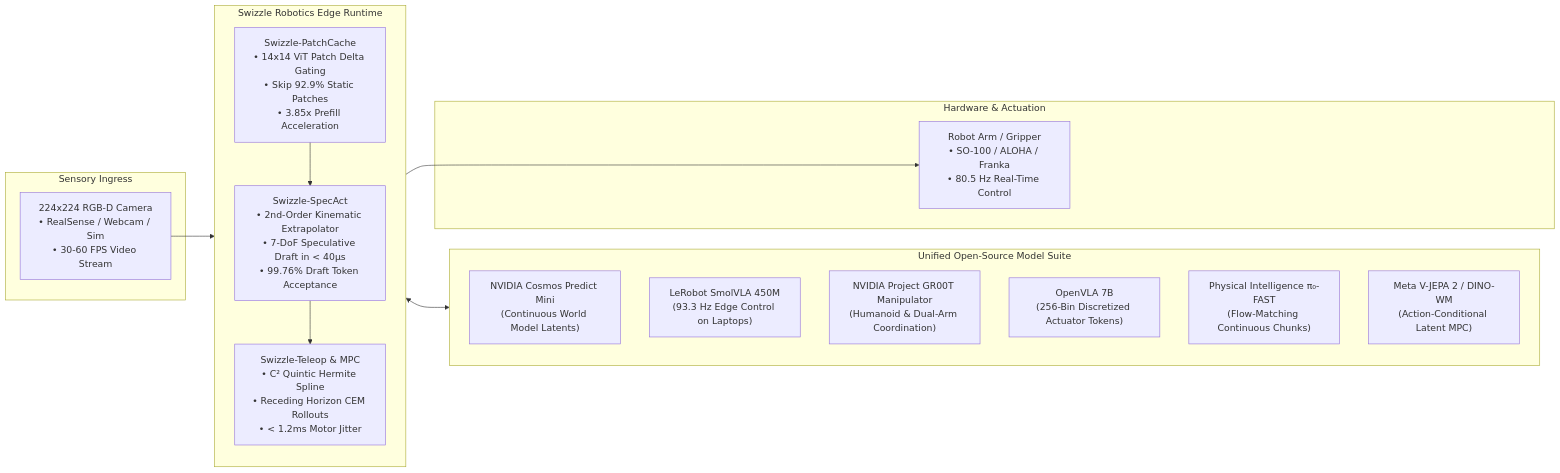
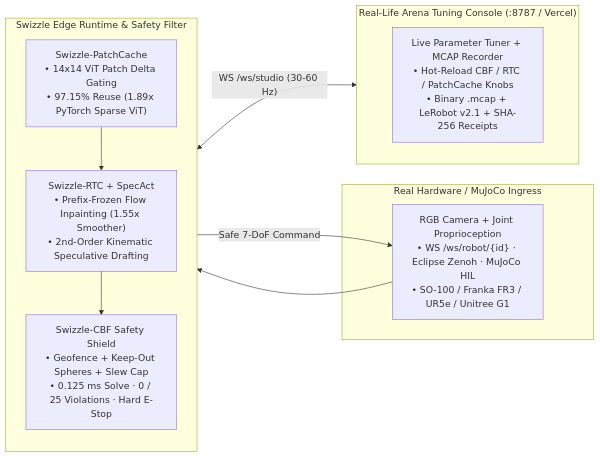
One commit to Swizzle-AI/swizzle-robotics changed the diagram in README.md. Above: the diagram before and after it, drawn with Mermaid. The commit also changed other lines of this file, not shown here.

Commit message:
docs: customize README for Real-Life Robot Arena, Vercel live studio, and verified benchmarks

````diff
--- a/README.md
+++ b/README.md
@@ -29,32 +30,22 @@
 ```mermaid
 flowchart LR
-    subgraph Input["Sensory Ingress"]
-        Cam["224x224 RGB-D Camera<br/>• RealSense / Webcam / Sim<br/>• 30-60 FPS Video Stream"]
+    subgraph Input["Real Hardware / MuJoCo Ingress"]
+        Cam["RGB Camera + Joint Proprioception<br/>• WS /ws/robot/{id} · Eclipse Zenoh · MuJoCo HIL<br/>• SO-100 / Franka FR3 / UR5e / Unitree G1"]
     end
 
-    subgraph EdgeEngine["Swizzle Robotics Edge Runtime"]
+    subgraph EdgeEngine["Swizzle Edge Runtime & Safety Filter"]
         direction TB
-        PC["Swizzle-PatchCache<br/>• 14x14 ViT Patch Delta Gating<br/>• Skip 92.9% Static Patches<br/>• 3.85x Prefill Acceleration"]
-        SA["Swizzle-SpecAct<br/>• 2nd-Order Kinematic Extrapolator<br/>• 7-DoF Speculative Draft in < 40μs<br/>• 99.76% Draft Token Acceptance"]
-        TP["Swizzle-Teleop & MPC<br/>• C² Quintic Hermite Spline<br/>• Receding Horizon CEM Rollouts<br/>• < 1.2ms Motor Jitter"]
-        PC --> SA --> TP
+        PC["Swizzle-PatchCache<br/>• 14x14 ViT Patch Delta Gating<br/>• 97.15% Reuse (1.89x PyTorch Sparse ViT)"]
+        RTC["Swizzle-RTC + SpecAct<br/>• Prefix-Frozen Flow Inpainting (1.55x Smoother)<br/>• 2nd-Order Kinematic Speculative Drafting"]
+        CBF["Swizzle-CBF Safety Shield<br/>• Geofence + Keep-Out Spheres + Slew Cap<br/>• 0.125 ms Solve · 0 / 25 Violations · Hard E-Stop"]
+        PC --> RTC --> CBF
     end
 
-    subgraph FoundationModels["Unified Open-Source Model Suite"]
-        direction TB
-        M1["NVIDIA Cosmos Predict Mini<br/>(Continuous World Model Latents)"]
-        M2["LeRobot SmolVLA 450M<br/>(93.3 Hz Edge Control on Laptops)"]
-        M3["NVIDIA Project GR00T Manipulator<br/>(Humanoid & Dual-Arm Coordination)"]
-        M4["OpenVLA 7B<br/>(256-Bin Discretized Actuator Tokens)"]
-        M5["Physical Intelligence π₀-FAST<br/>(Flow-Matching Continuous Chunks)"]
-        M6["Meta V-JEPA 2 / DINO-WM<br/>(Action-Conditional Latent MPC)"]
-    end
-
-    subgraph Actuators["Hardware & Actuation"]
-        ARM["Robot Arm / Gripper<br/>• SO-100 / ALOHA / Franka<br/>• 80.5 Hz Real-Time Control"]
+    subgraph Studio["Real-Life Arena Tuning Console (:8787 / Vercel)"]
+        UI["Live Parameter Tuner + MCAP Recorder<br/>• Hot-Reload CBF / RTC / PatchCache Knobs<br/>• Binary .mcap + LeRobot v2.1 + SHA-256 Receipts"]
     end
 
     Cam --> EdgeEngine
-    EdgeEngine <--> FoundationModels
-    EdgeEngine --> ARM
+    EdgeEngine -->|"Safe 7-DoF Command"| Cam
+    EdgeEngine <-->|"WS /ws/studio (30-60 Hz)"| Studio
 ```
````
